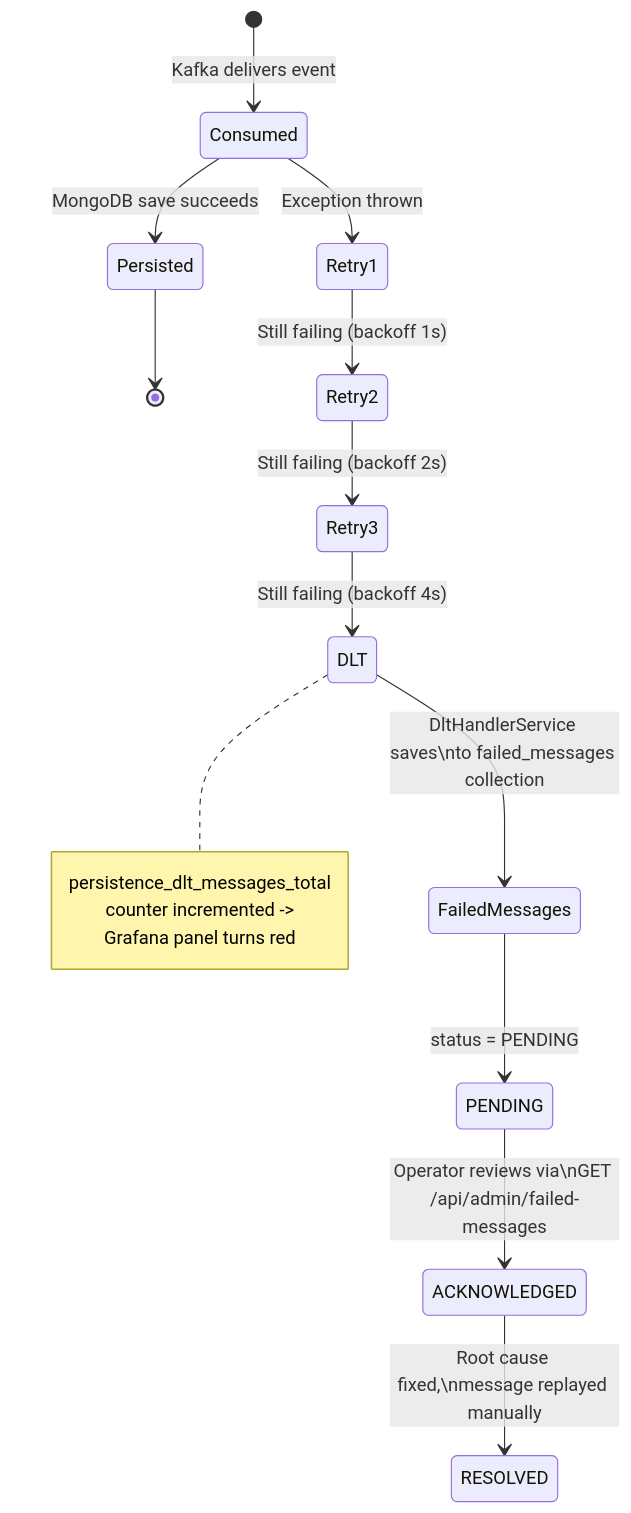
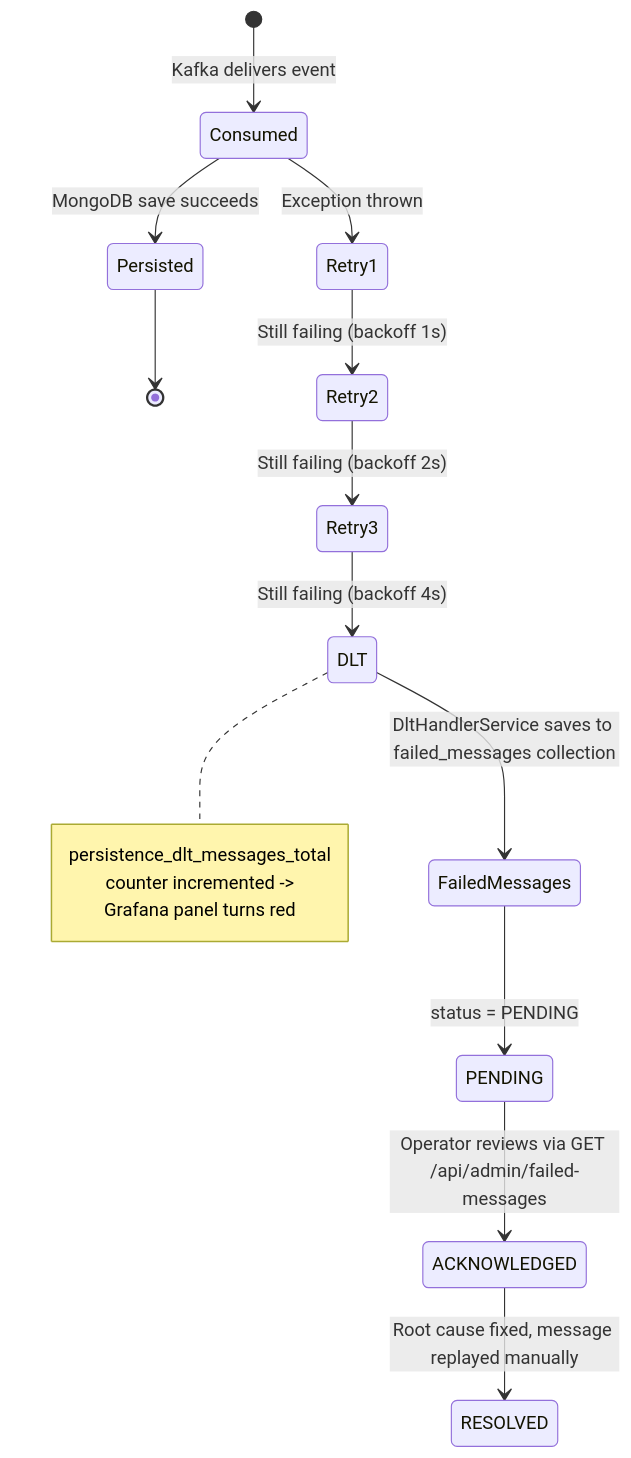
The fifth of 5 diagrams in docs/system-architecture.md (willh-simpson/messaging-platform), drawn with Mermaid before and after one commit. The commit also changed 4 other files, not shown here.

````diff
--- a/docs/system-architecture.md
+++ b/docs/system-architecture.md
@@ -194,24 +194,24 @@
 ```mermaid
 stateDiagram-v2
     [*] --> Consumed: Kafka delivers event
     
     Consumed --> Persisted: MongoDB save succeeds
     Persisted --> [*]
     
     Consumed --> Retry1: Exception thrown
     Retry1 --> Retry2: Still failing (backoff 1s)
     Retry2 --> Retry3: Still failing (backoff 2s)
     Retry3 --> DLT: Still failing (backoff 4s)
     
-    DLT --> FailedMessages: DltHandlerService saves\nto failed_messages collection
+    DLT --> FailedMessages: DltHandlerService saves to failed_messages collection
     
     FailedMessages --> PENDING: status = PENDING
-    PENDING --> ACKNOWLEDGED: Operator reviews via\nGET /api/admin/failed-messages
-    ACKNOWLEDGED --> RESOLVED: Root cause fixed,\nmessage replayed manually
+    PENDING --> ACKNOWLEDGED: Operator reviews via GET /api/admin/failed-messages
+    ACKNOWLEDGED --> RESOLVED: Root cause fixed, message replayed manually
     
     note right of DLT
         persistence_dlt_messages_total
         counter incremented ->
         Grafana panel turns red
     end note
 ```
````
